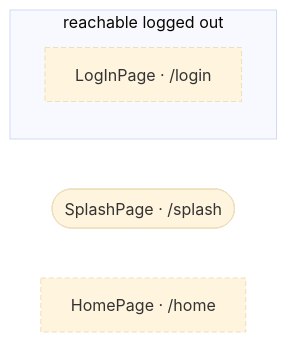
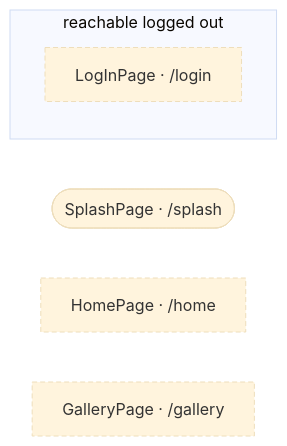
One commit to gencto/wyrm changed the diagram in studio/docs/flows/README.md. Above: the diagram before and after it, drawn with Mermaid (base theme). The commit also changed other lines of this file and 60 other files, not shown here.

````diff
--- a/studio/docs/flows/README.md
+++ b/studio/docs/flows/README.md
@@ -7,11 +7,12 @@
 ```mermaid
 flowchart LR
     subgraph frxPublic["reachable logged out"]
         logIn["LogInPage · /login"]
     end
     splash(["SplashPage · /splash"])
     home["HomePage · /home"]
+    gallery["GalleryPage · /gallery"]
 
     classDef frxEntry stroke-dasharray: 5 3
-    class logIn,home frxEntry
+    class logIn,home,gallery frxEntry
 ```
````
